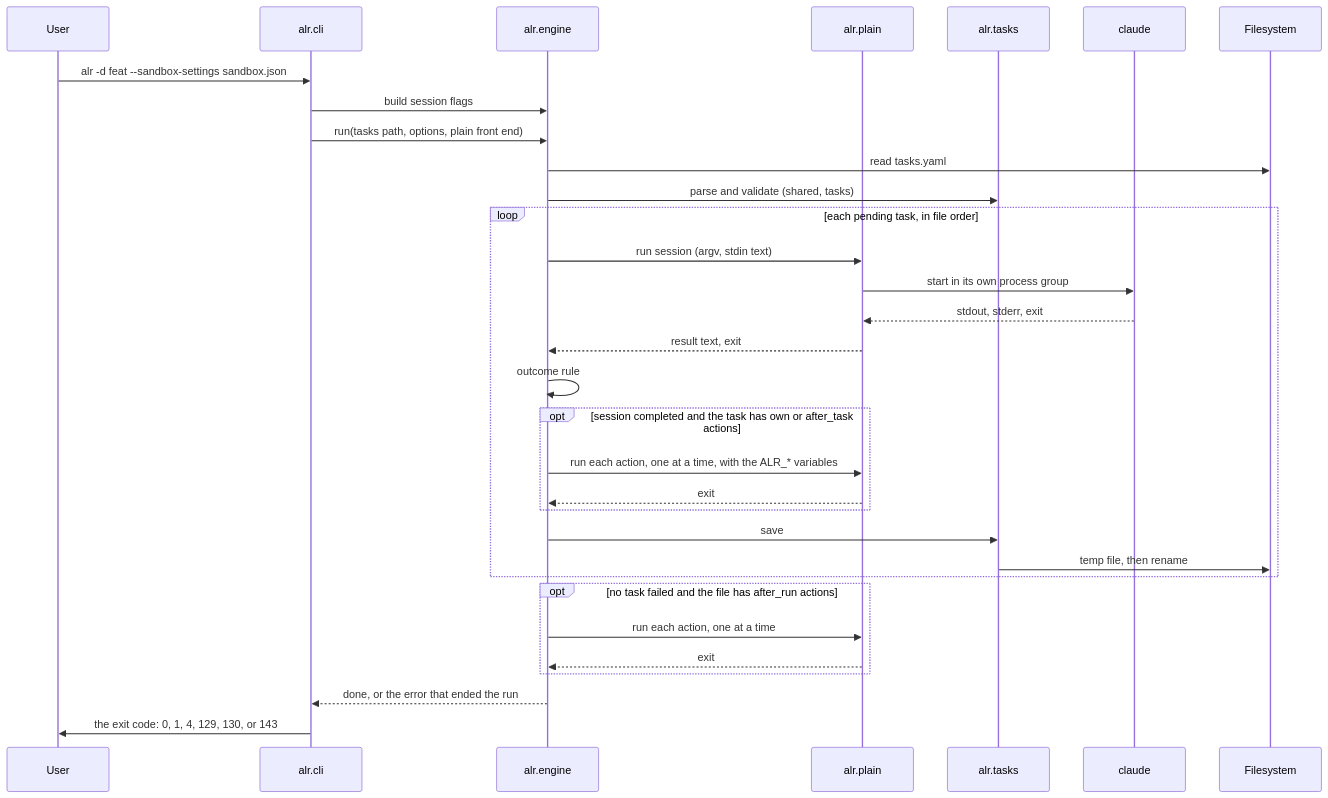
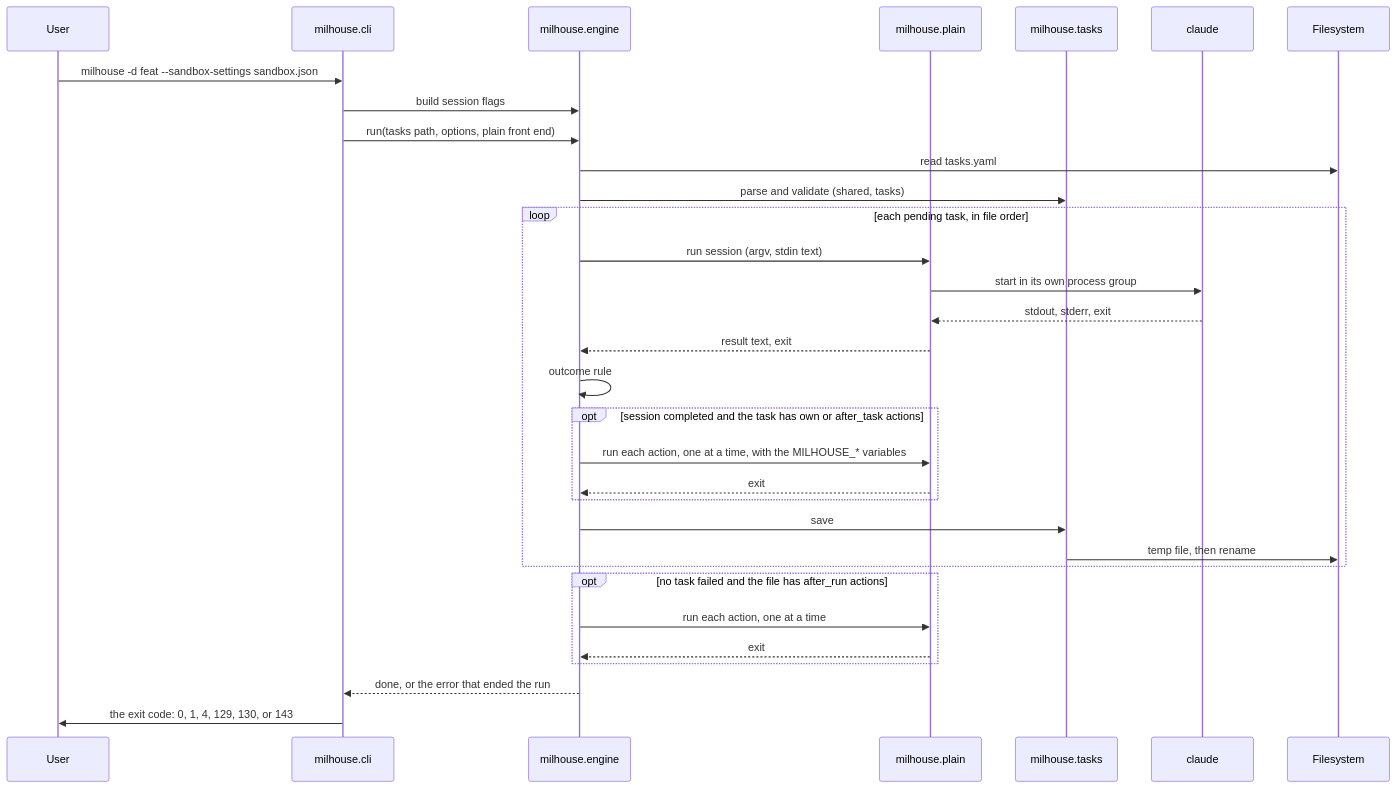
Before and after one commit to twistingmercury/agentic_loop_runner: the third of 5 diagrams in docs/design/03_system_architecture.md, drawn with Mermaid. The commit also changed other lines of this file and 152 other files, not shown here.

First line of the commit message:
Rename alr to milhouse (ADR-041) (#94)

````diff
--- a/docs/design/03_system_architecture.md
+++ b/docs/design/03_system_architecture.md
@@ -454,35 +454,35 @@
 ```mermaid
 %%{init: {"themeVariables": {"actorTextColor": "#000000"}}}%%
 sequenceDiagram
     participant User
-    participant CLI as alr.cli
-    participant Engine as alr.engine
-    participant Plain as alr.plain
-    participant Tasks as alr.tasks
+    participant CLI as milhouse.cli
+    participant Engine as milhouse.engine
+    participant Plain as milhouse.plain
+    participant Tasks as milhouse.tasks
     participant Claude as claude
     participant FS as Filesystem
-    User ->> CLI: alr -d feat --sandbox-settings sandbox.json
+    User ->> CLI: milhouse -d feat --sandbox-settings sandbox.json
     CLI ->> Engine: build session flags
     CLI ->> Engine: run(tasks path, options, plain front end)
     Engine ->> FS: read tasks.yaml
     Engine ->> Tasks: parse and validate (shared, tasks)
     loop each pending task, in file order
         Engine ->> Plain: run session (argv, stdin text)
         Plain ->> Claude: start in its own process group
         Claude -->> Plain: stdout, stderr, exit
         Plain -->> Engine: result text, exit
         Engine ->> Engine: outcome rule
         opt session completed and the task has own or after_task actions
-            Engine ->> Plain: run each action, one at a time, with the ALR_* variables
+            Engine ->> Plain: run each action, one at a time, with the MILHOUSE_* variables
             Plain -->> Engine: exit
         end
         Engine ->> Tasks: save
         Tasks ->> FS: temp file, then rename
     end
     opt no task failed and the file has after_run actions
         Engine ->> Plain: run each action, one at a time
         Plain -->> Engine: exit
     end
     Engine -->> CLI: done, or the error that ended the run
     CLI ->> User: the exit code: 0, 1, 4, 129, 130, or 143
 ```
````
